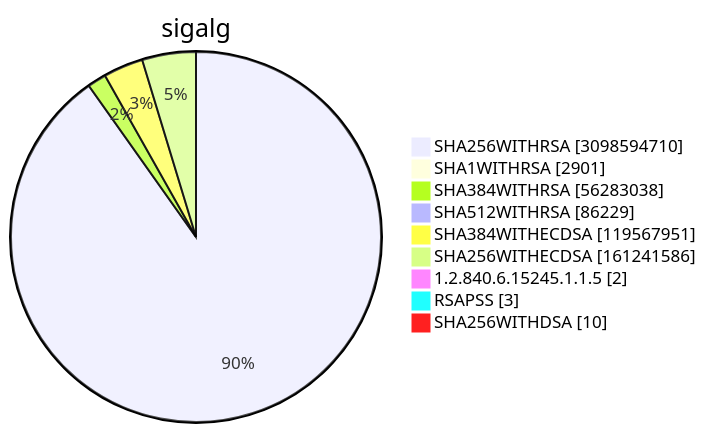
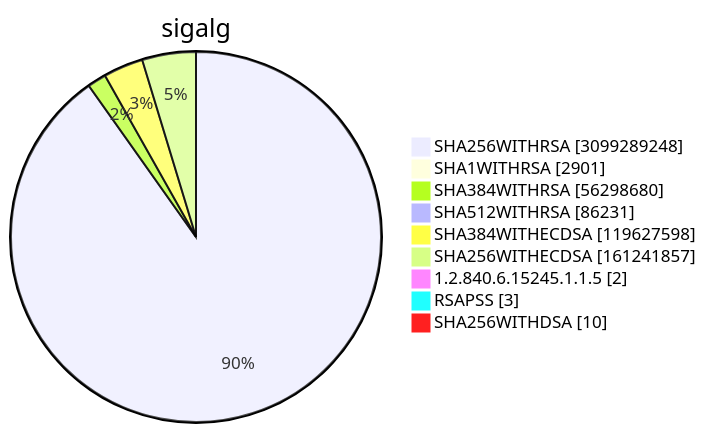
Diagram 15 of 15 in TOTAL/README.md (christiankrug/ctmonitor_visualization), drawn with Mermaid before and after one commit. The commit also changed other lines of this file, not shown here.

````diff
--- a/TOTAL/README.md
+++ b/TOTAL/README.md
@@ -6212,13 +6212,13 @@
 ```mermaid
 pie showData
 title sigalg
-"SHA256WITHRSA" :3098594710
+"SHA256WITHRSA" :3099289248
 "SHA1WITHRSA" :2901
-"SHA384WITHRSA" :56283038
-"SHA512WITHRSA" :86229
-"SHA384WITHECDSA" :119567951
-"SHA256WITHECDSA" :161241586
+"SHA384WITHRSA" :56298680
+"SHA512WITHRSA" :86231
+"SHA384WITHECDSA" :119627598
+"SHA256WITHECDSA" :161241857
 "1.2.840.6.15245.1.1.5" :2
 "RSAPSS" :3
 "SHA256WITHDSA" :10
 ```
````
